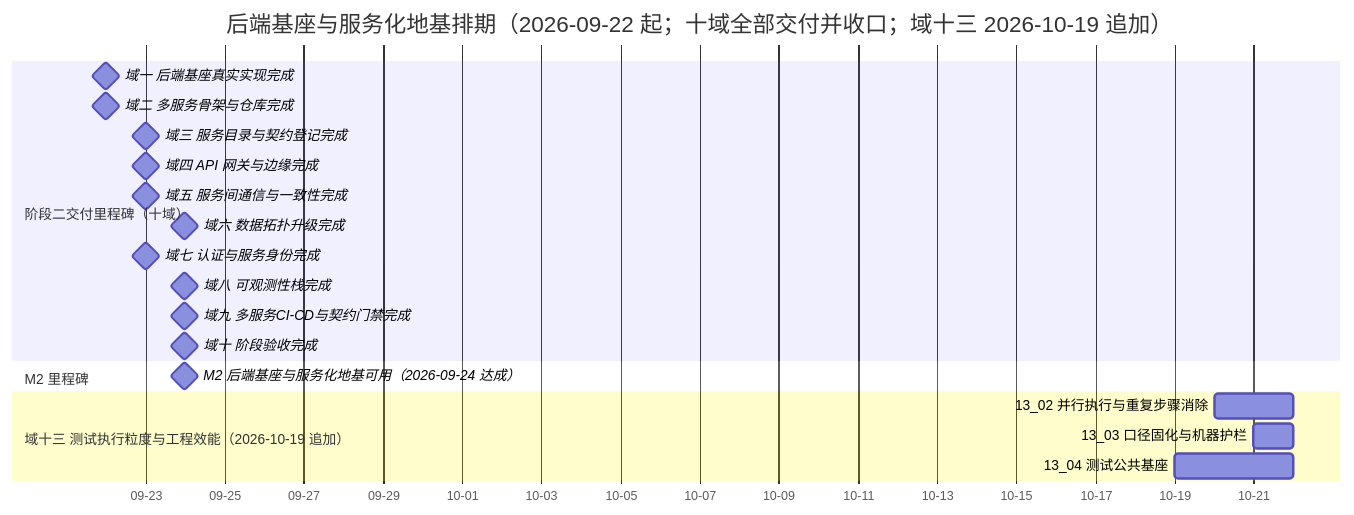
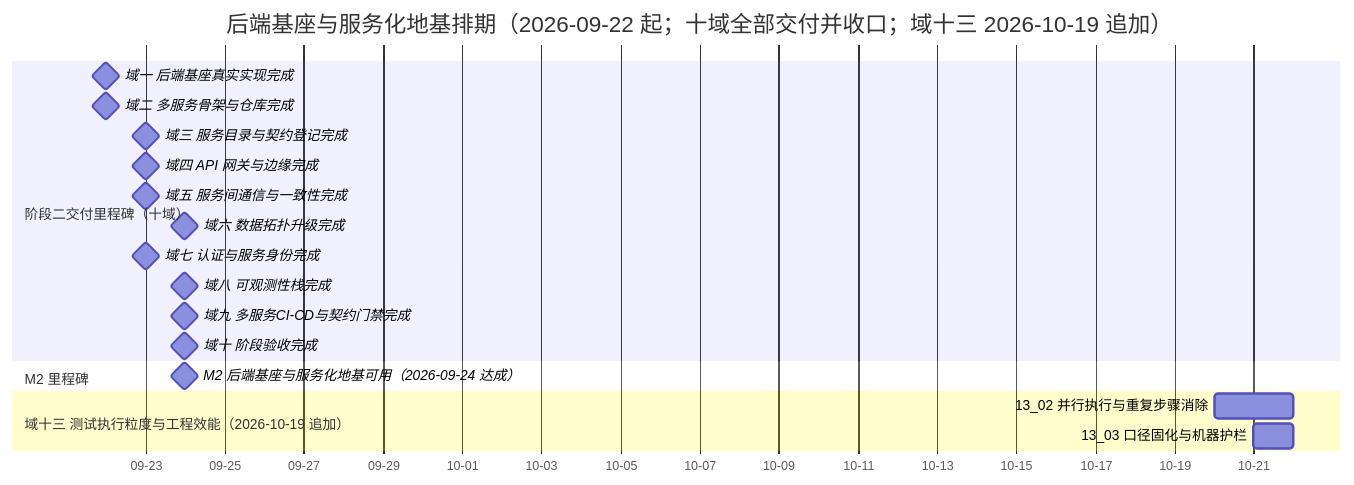
The diagram in bms文档/项目/02_后端基座与服务化地基/计划/01_计划_后端基座与服务化地基.md (minjian123/basic-management-system), drawn with Mermaid before and after one commit. The commit also changed other lines of this file and 3 other files, not shown here.

````diff
--- a/bms文档/项目/02_后端基座与服务化地基/计划/01_计划_后端基座与服务化地基.md
+++ b/bms文档/项目/02_后端基座与服务化地基/计划/01_计划_后端基座与服务化地基.md
@@ -83,23 +83,22 @@
 ```mermaid
 gantt
     title 后端基座与服务化地基排期（2026-09-22 起；十域全部交付并收口；域十三 2026-10-19 追加）
     dateFormat  YYYY-MM-DD
     axisFormat %m-%d
     section 阶段二交付里程碑（十域）
     域一 后端基座真实实现完成 :milestone, m01, 2026-09-22, 0d
     域二 多服务骨架与仓库完成 :milestone, m02, 2026-09-22, 0d
     域三 服务目录与契约登记完成 :milestone, m03, 2026-09-23, 0d
     域四 API 网关与边缘完成 :milestone, m04, 2026-09-23, 0d
     域五 服务间通信与一致性完成 :milestone, m05, 2026-09-23, 0d
     域六 数据拓扑升级完成 :milestone, m06, 2026-09-24, 0d
     域七 认证与服务身份完成 :milestone, m07, 2026-09-23, 0d
     域八 可观测性栈完成 :milestone, m08, 2026-09-24, 0d
     域九 多服务CI-CD与契约门禁完成 :milestone, m09, 2026-09-24, 0d
     域十 阶段验收完成 :milestone, m10, 2026-09-24, 0d
     section M2 里程碑
     M2 后端基座与服务化地基可用（2026-09-24 达成） :milestone, mm2, 2026-09-24, 0d
     section 域十三 测试执行粒度与工程效能（2026-10-19 追加）
     13_02 并行执行与重复步骤消除 :t1302, 2026-10-20, 2d
     13_03 口径固化与机器护栏 :t1303, 2026-10-21, 1d
-    13_04 测试公共基座 :t1304, 2026-10-19, 3d
 ```
````
